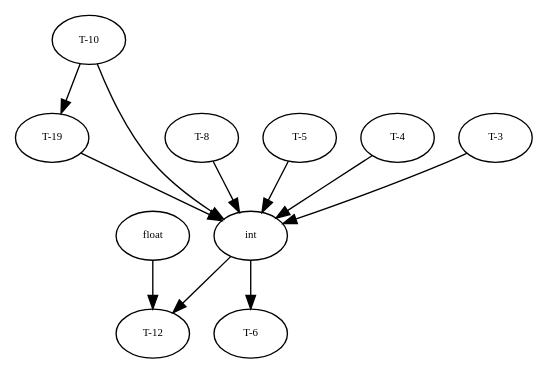
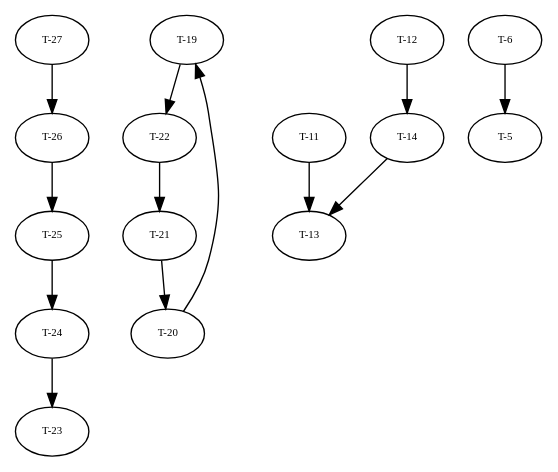
Before and after one commit to amso100/livescript-declarations: the diagram in graphs/dg.dot, drawn with Graphviz. The commit also changed 19 other files, not shown here.

```diff
--- a/graphs/dg.dot
+++ b/graphs/dg.dot
@@ -1,91 +1,124 @@
 digraph RGL__DirectedAdjacencyGraph {
+    "T-27" [
+        fontsize = 8,
+        label = "T-27"
+    ]
+
+    "T-26" [
+        fontsize = 8,
+        label = "T-26"
+    ]
+
+    "T-25" [
+        fontsize = 8,
+        label = "T-25"
+    ]
+
+    "T-24" [
+        fontsize = 8,
+        label = "T-24"
+    ]
+
+    "T-23" [
+        fontsize = 8,
+        label = "T-23"
+    ]
+
     "T-19" [
         fontsize = 8,
         label = "T-19"
     ]
 
-    int [
+    "T-22" [
         fontsize = 8,
-        label = int
+        label = "T-22"
     ]
 
-    "T-10" [
+    "T-21" [
         fontsize = 8,
-        label = "T-10"
+        label = "T-21"
+    ]
+
+    "T-20" [
+        fontsize = 8,
+        label = "T-20"
+    ]
+
+    "T-14" [
+        fontsize = 8,
+        label = "T-14"
+    ]
+
+    "T-13" [
+        fontsize = 8,
+        label = "T-13"
     ]
 
     "T-12" [
         fontsize = 8,
         label = "T-12"
     ]
 
-    float [
+    "T-11" [
         fontsize = 8,
-        label = float
+        label = "T-11"
     ]
 
     "T-6" [
         fontsize = 8,
         label = "T-6"
     ]
 
-    "T-8" [
-        fontsize = 8,
-        label = "T-8"
-    ]
-
     "T-5" [
         fontsize = 8,
         label = "T-5"
     ]
 
-    "T-4" [
-        fontsize = 8,
-        label = "T-4"
-    ]
-
-    "T-3" [
-        fontsize = 8,
-        label = "T-3"
-    ]
-
-    "T-19" -> int [
+    "T-27" -> "T-26" [
         fontsize = 8
     ]
 
-    int -> "T-12" [
+    "T-26" -> "T-25" [
         fontsize = 8
     ]
 
-    int -> "T-6" [
+    "T-25" -> "T-24" [
         fontsize = 8
     ]
 
-    "T-10" -> "T-19" [
+    "T-24" -> "T-23" [
         fontsize = 8
     ]
 
-    "T-10" -> int [
+    "T-19" -> "T-22" [
         fontsize = 8
     ]
 
-    float -> "T-12" [
+    "T-22" -> "T-21" [
         fontsize = 8
     ]
 
-    "T-8" -> int [
+    "T-21" -> "T-20" [
         fontsize = 8
     ]
 
-    "T-5" -> int [
+    "T-20" -> "T-19" [
         fontsize = 8
     ]
 
-    "T-4" -> int [
+    "T-14" -> "T-13" [
         fontsize = 8
     ]
 
-    "T-3" -> int [
+    "T-12" -> "T-14" [
+        fontsize = 8
+    ]
+
+    "T-11" -> "T-13" [
+        fontsize = 8
+    ]
+
+    "T-6" -> "T-5" [
         fontsize = 8
     ]
 }
```
